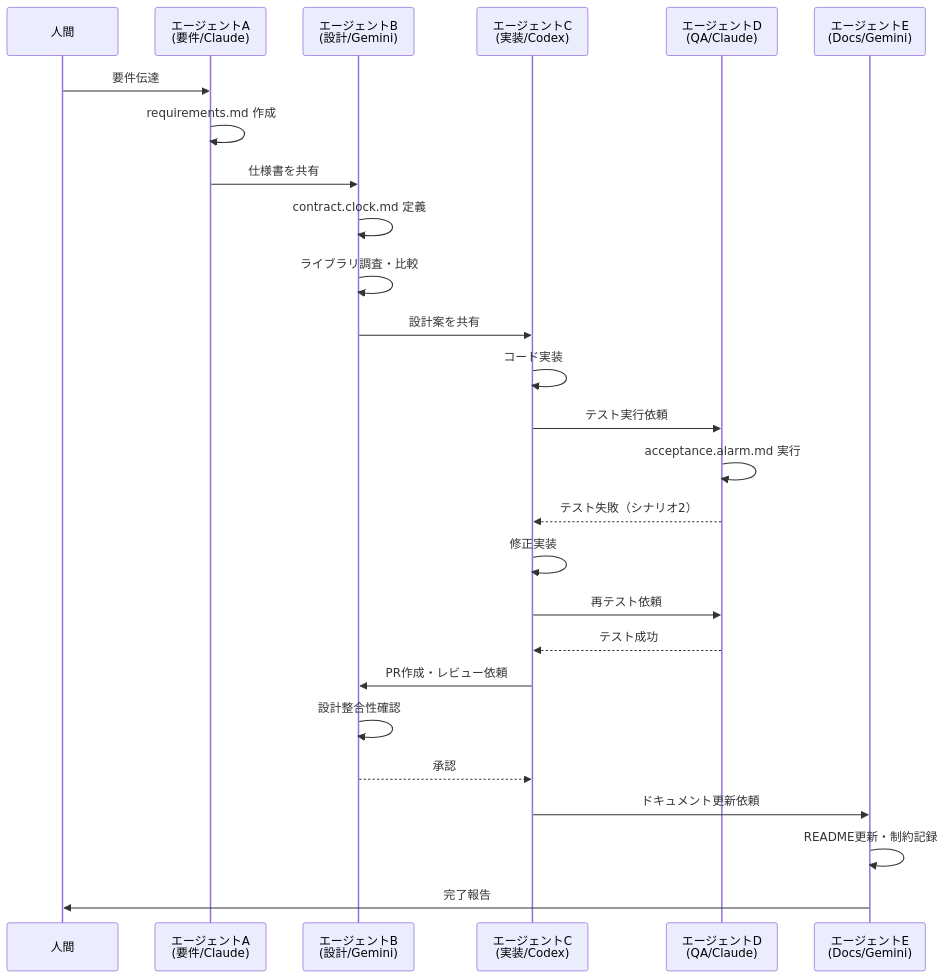
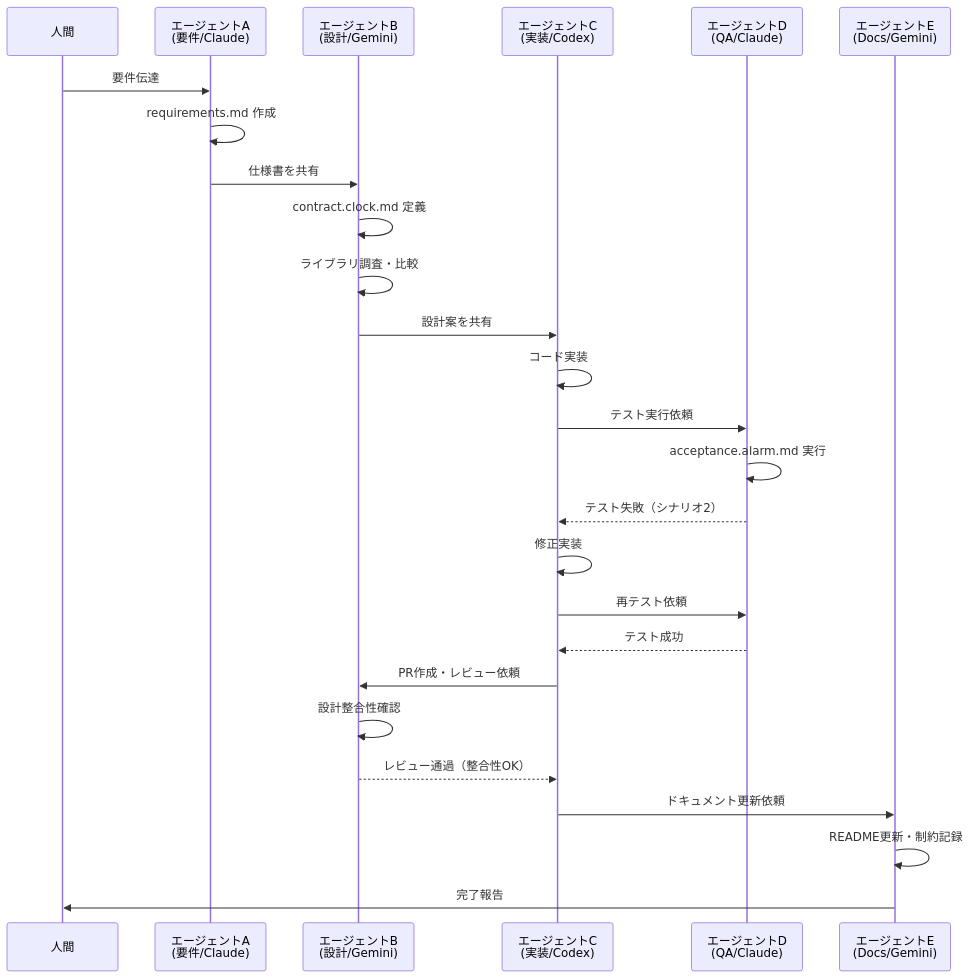
The second of 2 diagrams in Qiita/public/sdd-tdd-nonblocking-agent.md (s977043/my-blog), drawn with Mermaid before and after one commit. The commit also changed other lines of this file, not shown here.

````diff
--- a/Qiita/public/sdd-tdd-nonblocking-agent.md
+++ b/Qiita/public/sdd-tdd-nonblocking-agent.md
@@ -233,29 +233,29 @@
 ```mermaid
 sequenceDiagram
     participant H as 人間
     participant A as エージェントA<br/>(要件/Claude)
     participant B as エージェントB<br/>(設計/Gemini)
     participant C as エージェントC<br/>(実装/Codex)
     participant D as エージェントD<br/>(QA/Claude)
     participant E as エージェントE<br/>(Docs/Gemini)
 
     H->>A: 要件伝達
     A->>A: requirements.md 作成
     A->>B: 仕様書を共有
     B->>B: contract.clock.md 定義
     B->>B: ライブラリ調査・比較
     B->>C: 設計案を共有
     C->>C: コード実装
     C->>D: テスト実行依頼
     D->>D: acceptance.alarm.md 実行
     D-->>C: テスト失敗（シナリオ2）
     C->>C: 修正実装
     C->>D: 再テスト依頼
     D-->>C: テスト成功
     C->>B: PR作成・レビュー依頼
     B->>B: 設計整合性確認
-    B-->>C: 承認
+    B-->>C: レビュー通過（整合性OK）
     C->>E: ドキュメント更新依頼
     E->>E: README更新・制約記録
     E->>H: 完了報告
 ```
````
